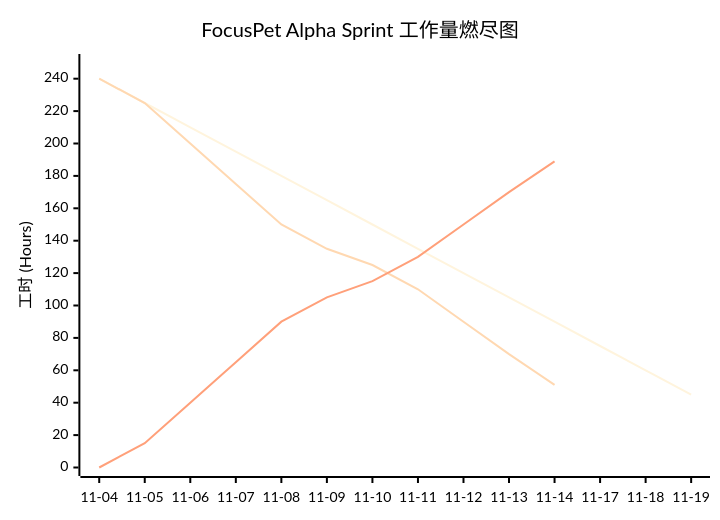
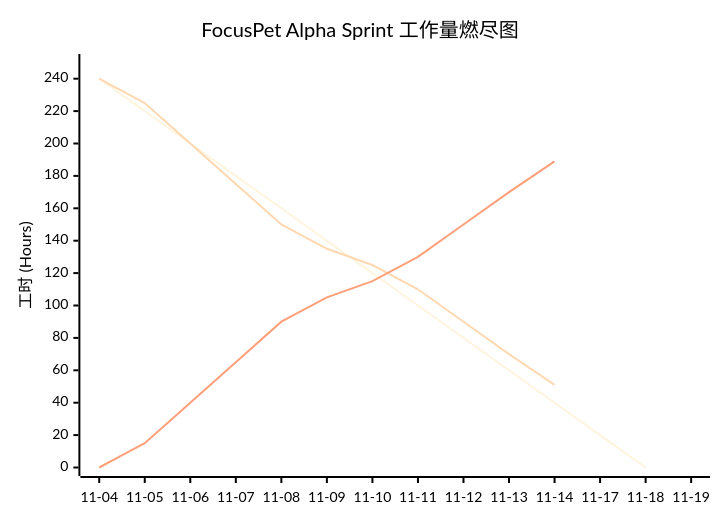
One commit to milkieTigera/milkieTigera.github.io changed the diagram in _posts/2025-11-05-blog-post-11.md. Above: the diagram before and after it, drawn with Mermaid.

````diff
--- a/_posts/2025-11-05-blog-post-11.md
+++ b/_posts/2025-11-05-blog-post-11.md
@@ -67,10 +67,10 @@
 ```mermaid
 %%{init: {'theme':'base', 'themeVariables': { 'primaryColor':'#2563eb','primaryTextColor':'#000','primaryBorderColor':'#1e40af','lineColor':'#dc2626','secondaryColor':'#16a34a','tertiaryColor':'#fff','background':'#fff','mainBkg':'#fff','textColor':'#000','fontSize':'14px'}}}%%
 xychart-beta
     title "FocusPet Alpha Sprint 工作量燃尽图"
     x-axis ["11-04", "11-05", "11-06", "11-07", "11-08", "11-09", "11-10", "11-11", "11-12", "11-13", "11-14", "11-17", "11-18", "11-19"]
     y-axis "工时 (Hours)" 0 --> 250
-    line "预估剩余时间" [240, 225, 210, 195, 180, 165, 150, 135, 120, 105, 90, 75, 60, 45]
+    line "预估剩余时间" [240, 220, 200, 180, 160, 140, 120, 100, 80, 60, 40, 20, 0]
     line "实际剩余时间" [240, 225, 200, 175, 150, 135, 125, 110, 90, 70, 51]
     line "实际完成时间" [0, 15, 40, 65, 90, 105, 115, 130, 150, 170, 189]
 ```
````
